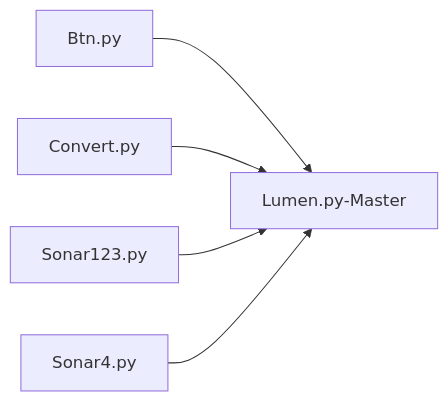
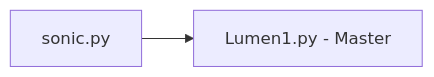
Before and after one commit to timsjt/EGL314_TEAMB: the second of 2 diagrams in README.md, drawn with Mermaid. The commit also changed 5 other files, not shown here.

````diff
--- a/README.md
+++ b/README.md
@@ -52,9 +52,7 @@
 ```mermaid
 graph LR
 
-B[Btn.py]-->A[Lumen.py-Master]
-C[Convert.py]-->A[Lumen.py-Master]
-D[Sonar123.py]-->A[Lumen.py-Master]
-E[Sonar4.py]-->A[Lumen.py-Master]
+B[sonic.py]-->A[Lumen1.py - Master]
+
 
 ```
````
